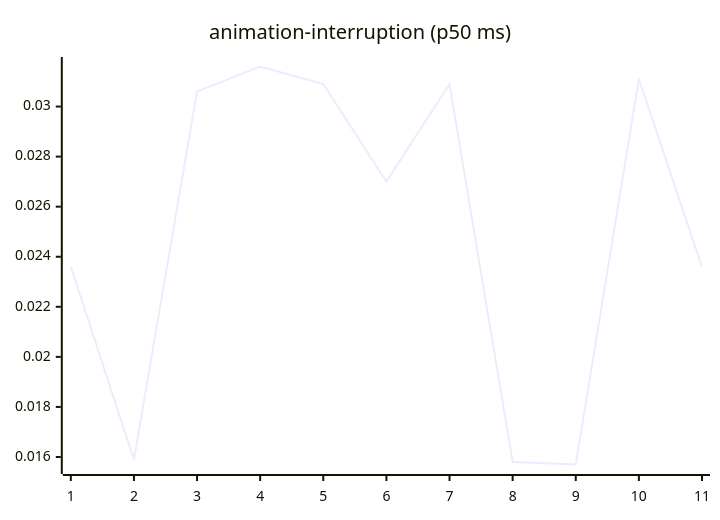
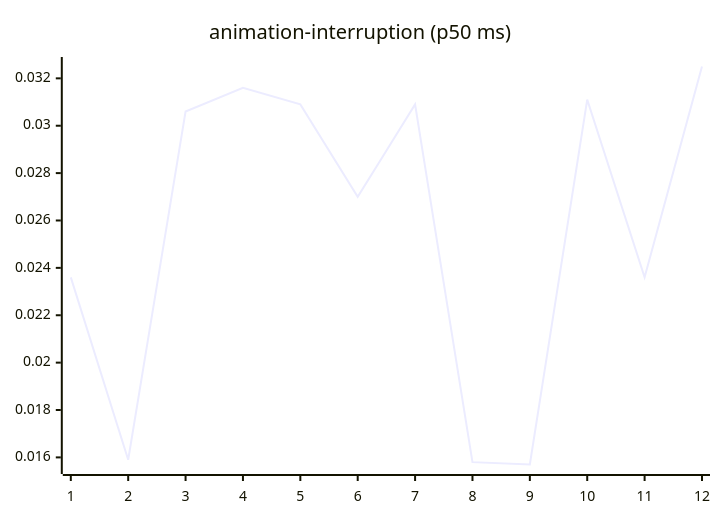
The third of 27 diagrams in README.md (josha/Facet), drawn with Mermaid before and after one commit. The commit also changed other lines of this file and 2 other files, not shown here.

````diff
--- a/README.md
+++ b/README.md
@@ -77,6 +77,6 @@
 ```mermaid
 xychart-beta
     title "animation-interruption (p50 ms)"
-    x-axis 1 --> 11
-    line [0.0236, 0.0159, 0.0306, 0.0316, 0.0309, 0.0270, 0.0309, 0.0158, 0.0157, 0.0311, 0.0236]
+    x-axis 1 --> 12
+    line [0.0236, 0.0159, 0.0306, 0.0316, 0.0309, 0.0270, 0.0309, 0.0158, 0.0157, 0.0311, 0.0236, 0.0325]
 ```
````
